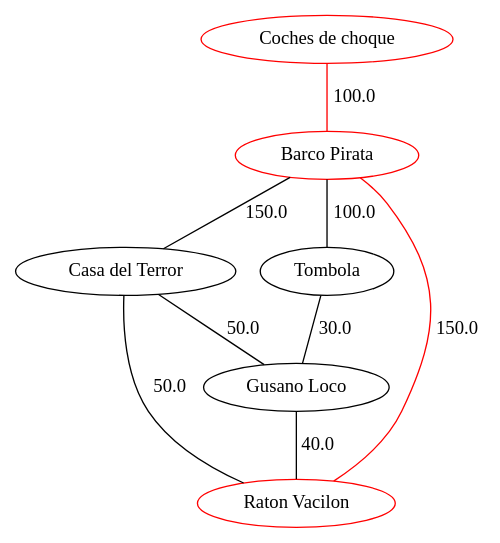
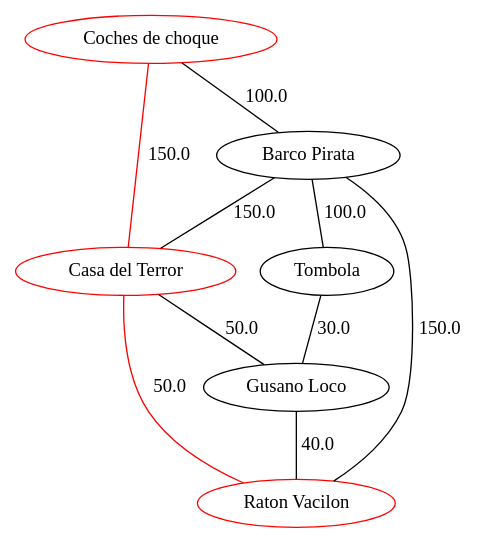
The diagram in PI3/resultados/ejercicio2/ejercicio2_1A.gv (Gabrielvcg/ADDA-PIX), drawn with Graphviz before and after one commit. The commit also changed 8 other files, not shown here.

```diff
--- a/PI3/resultados/ejercicio2/ejercicio2_1A.gv
+++ b/PI3/resultados/ejercicio2/ejercicio2_1A.gv
@@ -1,16 +1,17 @@
 strict graph G {
-  1 [ color="red" label="Barco Pirata" ];
-  2 [ label="Casa del Terror" ];
+  1 [ label="Barco Pirata" ];
+  2 [ color="red" label="Casa del Terror" ];
   3 [ label="Tombola" ];
   4 [ label="Gusano Loco" ];
   5 [ color="red" label="Raton Vacilon" ];
   6 [ color="red" label="Coches de choque" ];
   1 -- 2 [ label="150.0" ];
   1 -- 3 [ label="100.0" ];
-  1 -- 5 [ color="red" label="150.0" ];
-  2 -- 5 [ label="50.0" ];
+  1 -- 5 [ label="150.0" ];
+  2 -- 5 [ color="red" label="50.0" ];
   3 -- 4 [ label="30.0" ];
   4 -- 5 [ label="40.0" ];
-  6 -- 1 [ color="red" label="100.0" ];
+  6 -- 2 [ color="red" label="150.0" ];
+  6 -- 1 [ label="100.0" ];
   2 -- 4 [ label="50.0" ];
 }
```
